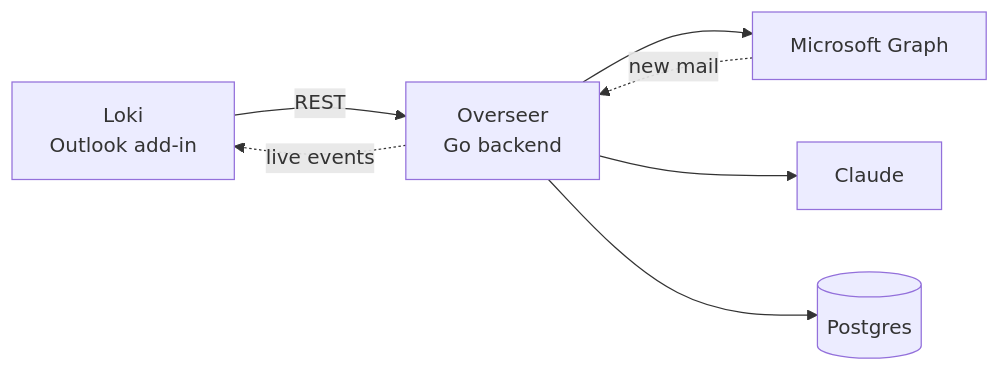
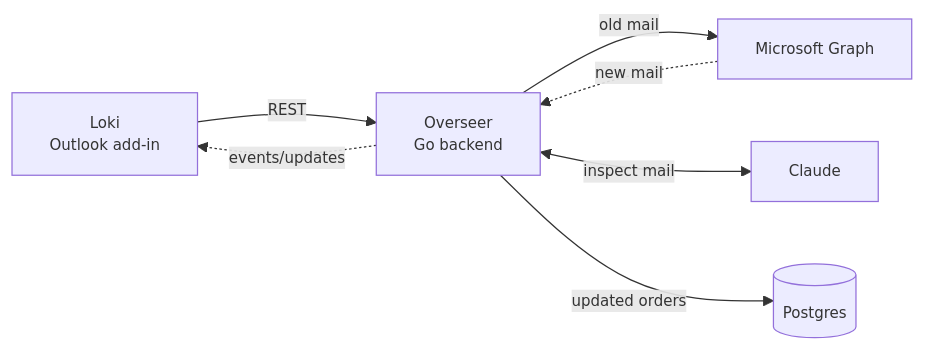
The first of 2 diagrams in README.md (cabrerajulian401/Overseer-ThirdEye), drawn with Mermaid before and after one commit.

Commit message:
docs: diagram edge tags — old mail, inspect mail, updated orders, events/updates

````diff
--- a/README.md
+++ b/README.md
@@ -15,15 +15,16 @@
 ```mermaid
+%%{init: {"themeVariables": {"fontSize": "12px"}}}%%
 flowchart LR
     Loki["Loki<br/>Outlook add-in"]
     OV["Overseer<br/>Go backend"]
     MSG["Microsoft Graph"]
     CLAUDE["Claude"]
     PG[("Postgres")]
 
     Loki -->|"REST"| OV
-    OV -.->|"live events"| Loki
-    OV --> MSG
-    OV --> CLAUDE
-    OV --> PG
+    OV -.->|"events/updates"| Loki
+    OV -->|"old mail"| MSG
+    OV <-->|"inspect mail"| CLAUDE
+    OV -->|"updated orders"| PG
     MSG -.->|"new mail"| OV
 ```
````
